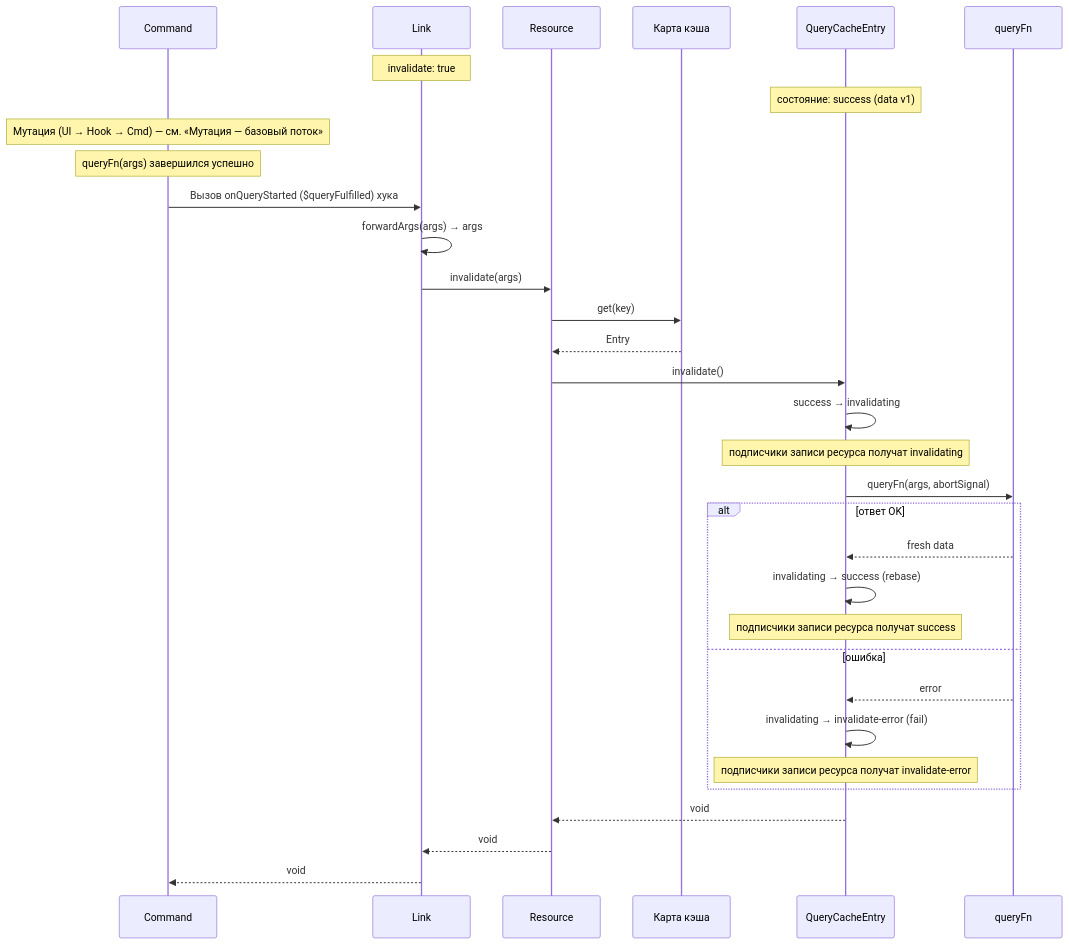
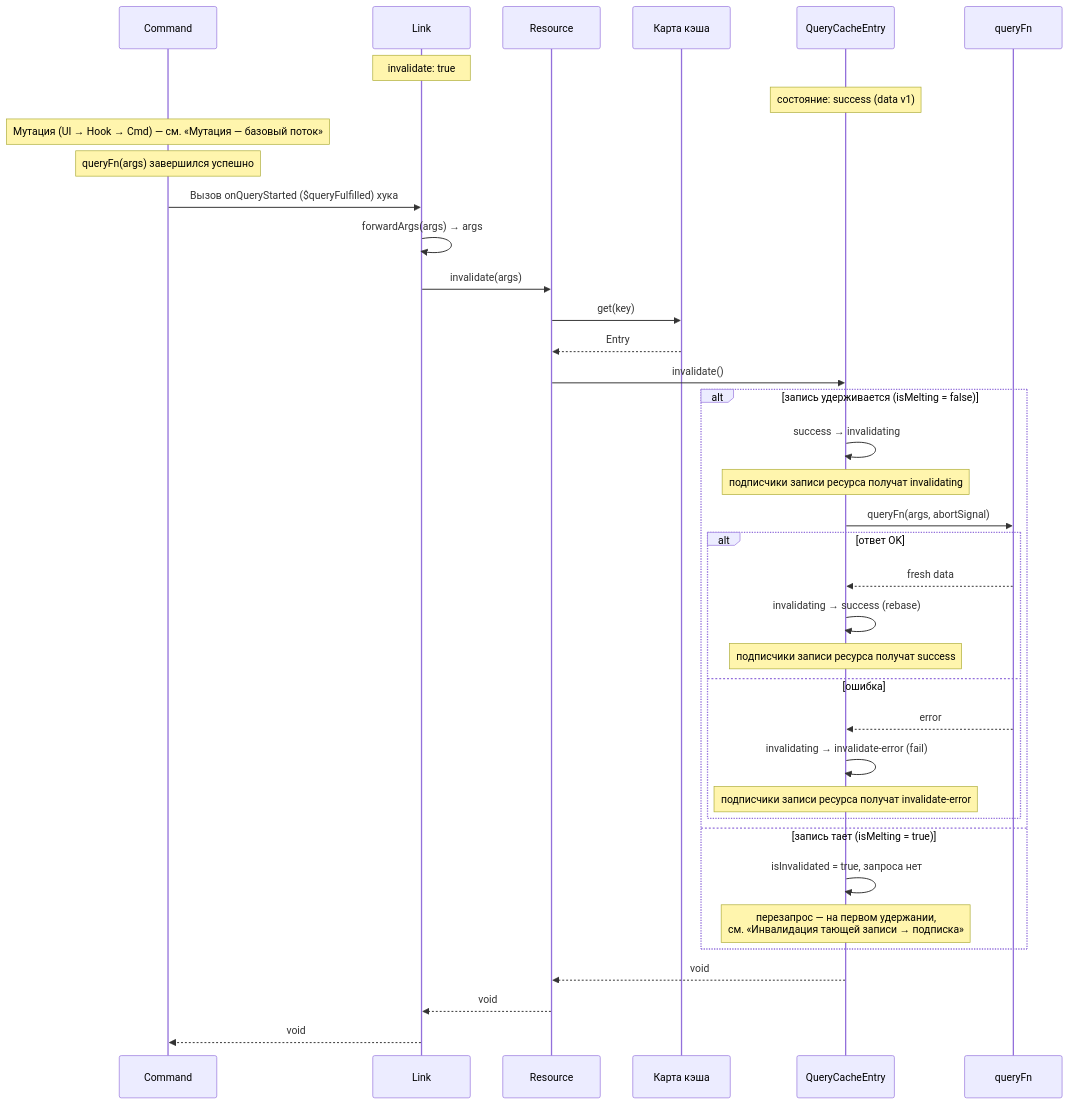
Before and after one commit to fozy-labs/rx-toolkit: the ninth of 11 diagrams in docs/query/concepts/dataflows.md, drawn with Mermaid. The commit also changed other lines of this file and 56 other files, not shown here.

````diff
--- a/docs/query/concepts/dataflows.md
+++ b/docs/query/concepts/dataflows.md
@@ -307,43 +353,49 @@
 ```mermaid
 sequenceDiagram
     participant Cmd as Command
     participant Lnk as Link
     participant Res as Resource
     participant Cache as Карта кэша
     participant Entry as QueryCacheEntry
     participant Query as queryFn
     
     Note over Lnk: invalidate: true
 
     Note over Entry: состояние: success (data v1)
 
     Note over Cmd: Мутация (UI → Hook → Cmd) — см. «Мутация — базовый поток»
     Note over Cmd: queryFn(args) завершился успешно
 
 
     Cmd->>Lnk: Вызов onQueryStarted ($queryFulfilled) хука
     Lnk->>Lnk: forwardArgs(args) → args
     Lnk->>Res: invalidate(args)
     Res->>Cache: get(key)
     Cache-->>Res: Entry
     Res->>Entry: invalidate()
-    Entry->>Entry: success → invalidating
 
-    Note over Entry: подписчики записи ресурса получат invalidating
+    alt запись удерживается (isMelting = false)
+        Entry->>Entry: success → invalidating
 
-    Entry->>Query: queryFn(args, abortSignal)
+        Note over Entry: подписчики записи ресурса получат invalidating
 
-    alt ответ OK
-        Query-->>Entry: fresh data
-        Entry->>Entry: invalidating → success (rebase)
-        Note over Entry: подписчики записи ресурса получат success
-    else ошибка
-        Query-->>Entry: error
-        Entry->>Entry: invalidating → invalidate-error (fail)
-        Note over Entry: подписчики записи ресурса получат invalidate-error
+        Entry->>Query: queryFn(args, abortSignal)
+
+        alt ответ OK
+            Query-->>Entry: fresh data
+            Entry->>Entry: invalidating → success (rebase)
+            Note over Entry: подписчики записи ресурса получат success
+        else ошибка
+            Query-->>Entry: error
+            Entry->>Entry: invalidating → invalidate-error (fail)
+            Note over Entry: подписчики записи ресурса получат invalidate-error
+        end
+    else запись тает (isMelting = true)
+        Entry->>Entry: isInvalidated = true, запроса нет
+        Note over Entry: перезапрос — на первом удержании,<br/>см. «Инвалидация тающей записи → подписка»
     end
-    
+
     Entry-->>Res: void
     Res-->>Lnk: void
     Lnk-->>Cmd: void
 ```
````
